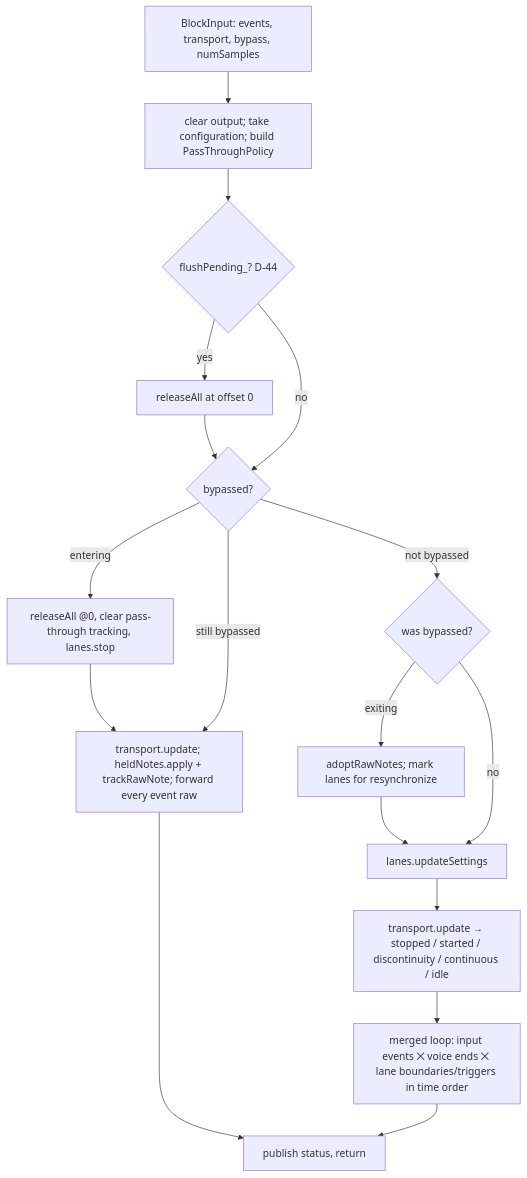
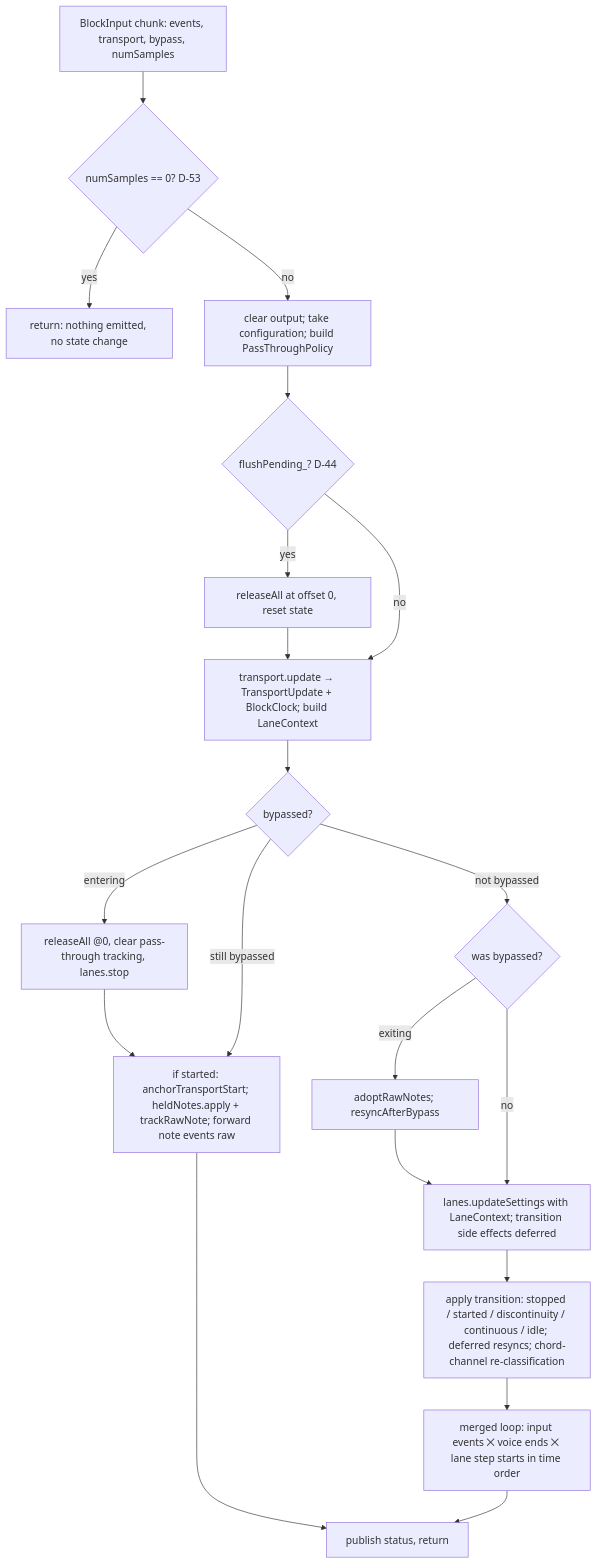
One commit to huberp/phu-sequential changed the second of 2 diagrams in docs/architecture.md. Above: the diagram before and after it, drawn with Mermaid. The commit also changed other lines of this file, not shown here.

Commit message:
Architecture doc: address critical review findings (#2)

````diff
--- a/docs/architecture.md
+++ b/docs/architecture.md
@@ -1207,19 +1257,22 @@
 ```mermaid
 flowchart TD
-  A[BlockInput: events, transport, bypass, numSamples] --> B[clear output; take configuration; build PassThroughPolicy]
+  A[BlockInput chunk: events, transport, bypass, numSamples] --> N{numSamples == 0? D-53}
+  N -- yes --> Z0[return: nothing emitted, no state change]
+  N -- no --> B[clear output; take configuration; build PassThroughPolicy]
   B --> F{flushPending_? D-44}
-  F -- yes --> F1[releaseAll at offset 0]
-  F1 --> C
-  F -- no --> C{bypassed?}
+  F -- yes --> F1[releaseAll at offset 0, reset state]
+  F1 --> T
+  F -- no --> T[transport.update → TransportUpdate + BlockClock; build LaneContext]
+  T --> C{bypassed?}
   C -- entering --> C1[releaseAll @0, clear pass-through tracking, lanes.stop]
   C1 --> C2
-  C -- still bypassed --> C2[transport.update; heldNotes.apply + trackRawNote; forward every event raw]
+  C -- still bypassed --> C2[if started: anchorTransportStart; heldNotes.apply + trackRawNote; forward note events raw]
   C2 --> Z[publish status, return]
   C -- not bypassed --> D{was bypassed?}
-  D -- exiting --> D1[adoptRawNotes; mark lanes for resynchronize]
+  D -- exiting --> D1[adoptRawNotes; resyncAfterBypass]
   D1 --> E
-  D -- no --> E[lanes.updateSettings]
-  E --> T[transport.update → stopped / started / discontinuity / continuous / idle]
-  T --> L[merged loop: input events ⨉ voice ends ⨉ lane boundaries/triggers in time order]
+  D -- no --> E[lanes.updateSettings with LaneContext; transition side effects deferred]
+  E --> T2[apply transition: stopped / started / discontinuity / continuous / idle; deferred resyncs; chord-channel re-classification]
+  T2 --> L[merged loop: input events ⨉ voice ends ⨉ lane step starts in time order]
   L --> Z
 ```
````
